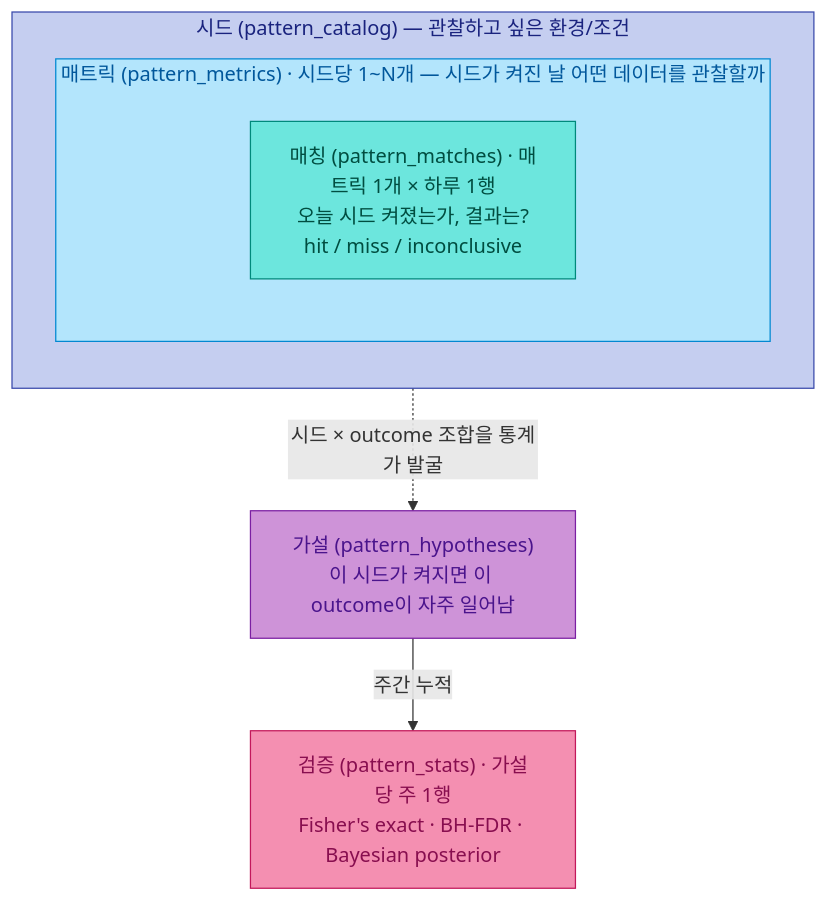
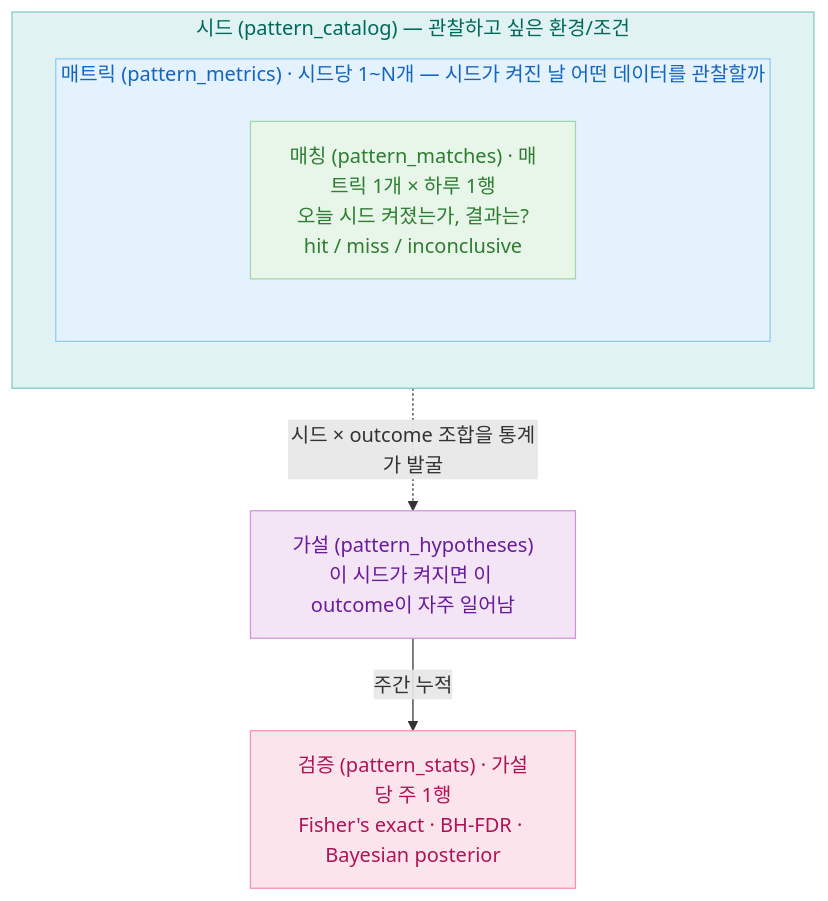
The second of 9 diagrams in docs/explainers/insight-v2.md (hyewon3938/slack-ai-agents), drawn with Mermaid before and after one commit. The commit also changed other lines of this file, not shown here.

Commit message:
docs(insight): 도식 색상 최종 — A1 조합 (Material 50 series, 5 hue 분산)
5개념 fill / stroke / text:
- 시드: #E0F2F1 / #80CBC4 / #00695C (Teal 50)
- 매트릭: #E3F2FD / #90CAF9 / #1565C0 (Blue 50)
- 매칭: #E8F5E9 / #A5D6A7 / #2E7D32 (Green 50)
- 가설: #F3E5F5 / #CE93D8 / #6A1B9A (Purple 50)
- 검증: #FCE4EC / #F48FB1 / #AD1457 (Pink 50)

흐름 박스 톤(#ECECFF, #FFFFDE)과 같은 옅음 정도.
글자색은 700-800 톤으로 가독성 확보.

외부 박스 + 내부 노드 구조(§5 시드 두 출처, §7 결정론·LLM 자율):
외부는 50 톤, 내부는 100 톤으로 한 단계 진하게 깊이 표현.

````diff
--- a/docs/explainers/insight-v2.md
+++ b/docs/explainers/insight-v2.md
@@ -127,27 +127,27 @@
 ```mermaid
 flowchart TB
   subgraph SEED["시드 (pattern_catalog) — 관찰하고 싶은 환경/조건"]
     direction TB
     subgraph METRIC["매트릭 (pattern_metrics) · 시드당 1~N개 — 시드가 켜진 날 어떤 데이터를 관찰할까"]
       direction TB
       MATCH["매칭 (pattern_matches) · 매트릭 1개 × 하루 1행<br/>오늘 시드 켜졌는가, 결과는?<br/>hit / miss / inconclusive"]
     end
   end
 
   HYP["가설 (pattern_hypotheses)<br/>이 시드가 켜지면 이 outcome이 자주 일어남"]
   VER["검증 (pattern_stats) · 가설당 주 1행<br/>Fisher's exact · BH-FDR · Bayesian posterior"]
 
   SEED -. 시드 × outcome 조합을 통계가 발굴 .-> HYP
   HYP -- 주간 누적 --> VER
 
-  classDef seedBox fill:#C5CEF0,stroke:#3949ab,color:#1a237e
-  classDef metricBox fill:#B3E5FC,stroke:#0288d1,color:#01579b
-  classDef matchNode fill:#6CE6DD,stroke:#00897b,color:#004d40
-  classDef hypothesisNode fill:#CE93D8,stroke:#7b1fa2,color:#4a148c
-  classDef verifyNode fill:#F48FB1,stroke:#c2185b,color:#880e4f
+  classDef seedBox fill:#E0F2F1,stroke:#80CBC4,color:#00695C
+  classDef metricBox fill:#E3F2FD,stroke:#90CAF9,color:#1565C0
+  classDef matchNode fill:#E8F5E9,stroke:#A5D6A7,color:#2E7D32
+  classDef hypothesisNode fill:#F3E5F5,stroke:#CE93D8,color:#6A1B9A
+  classDef verifyNode fill:#FCE4EC,stroke:#F48FB1,color:#AD1457
   class SEED seedBox
   class METRIC metricBox
   class MATCH matchNode
   class HYP hypothesisNode
   class VER verifyNode
 ```
````
